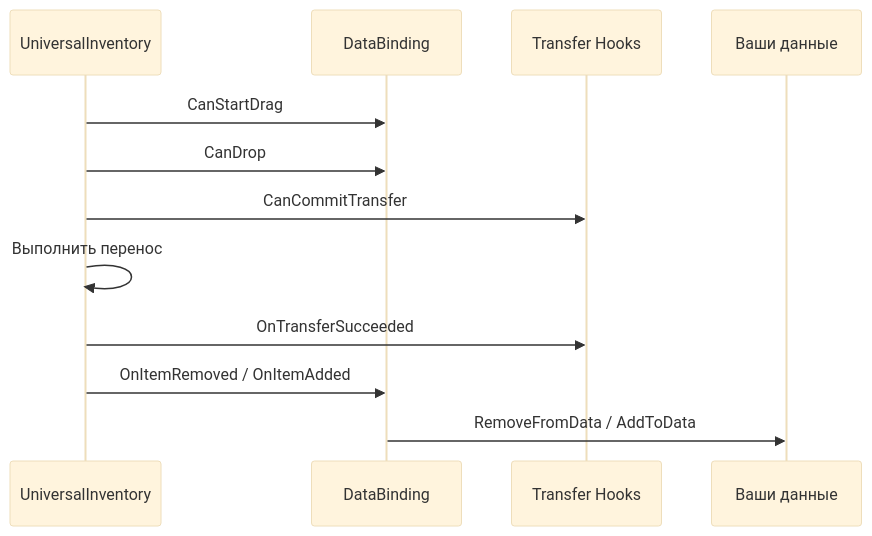
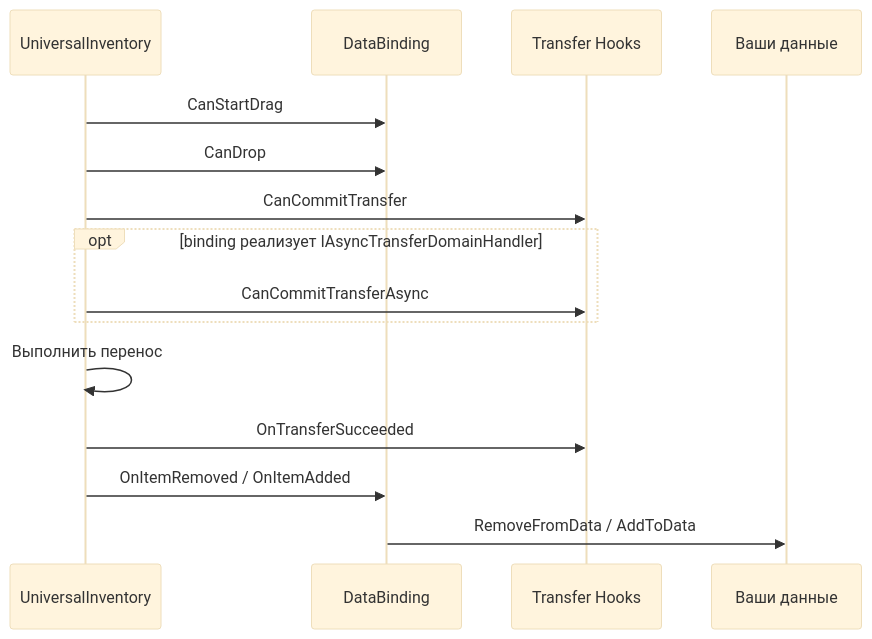
One commit to SergeevSergey99/DragAndDropSystem-Docs changed the second of 2 diagrams in .docs/content/architecture/data-binding.md. Above: the diagram before and after it, drawn with Mermaid (base theme). The commit also changed other lines of this file and 7 other files, not shown here.

````diff
--- a/.docs/content/architecture/data-binding.md
+++ b/.docs/content/architecture/data-binding.md
@@ -37,15 +37,18 @@
 ```mermaid
 sequenceDiagram
     participant UI as UniversalInventory
     participant DB as DataBinding
     participant Domain as Transfer Hooks
     participant Data as Ваши данные
 
     UI->>DB: CanStartDrag
     UI->>DB: CanDrop
     UI->>Domain: CanCommitTransfer
+    opt binding реализует IAsyncTransferDomainHandler
+        UI->>Domain: CanCommitTransferAsync
+    end
     UI->>UI: Выполнить перенос
     UI->>Domain: OnTransferSucceeded
     UI->>DB: OnItemRemoved / OnItemAdded
     DB->>Data: RemoveFromData / AddToData
 ```
````
